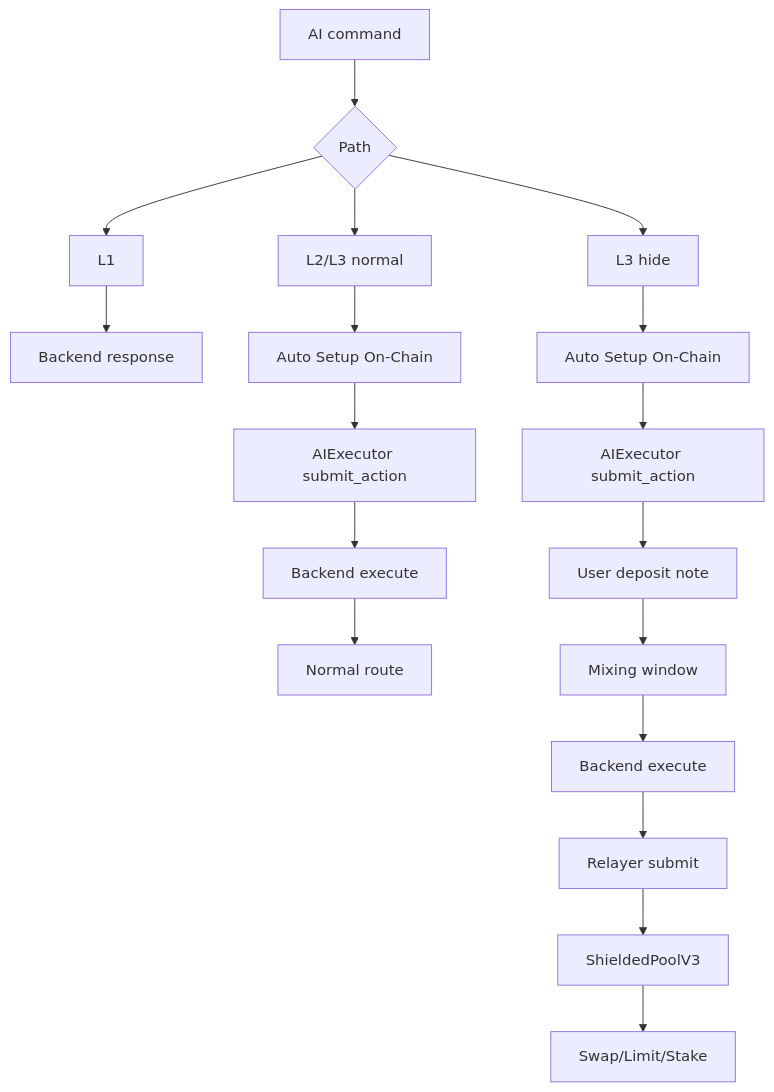
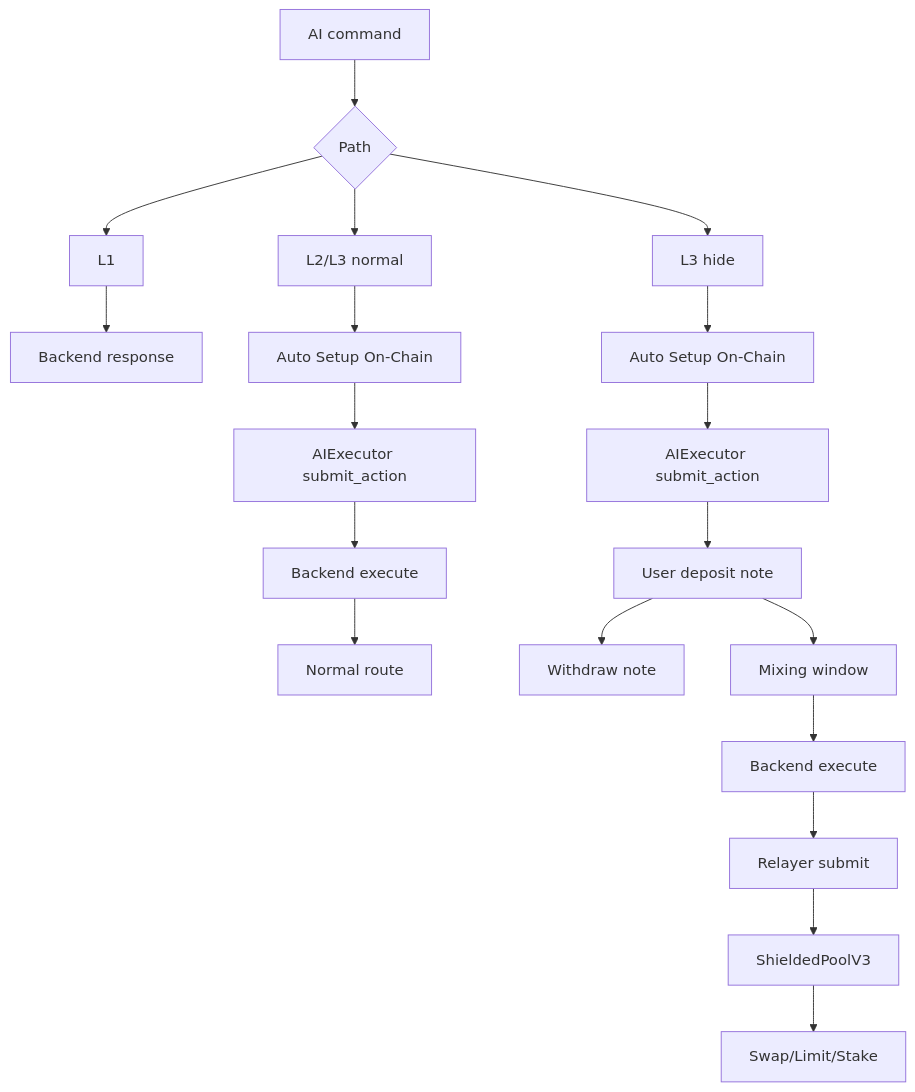
Before and after one commit to ntfound-dev/zkcarel_protocol: the sixth of 7 diagrams in README.md, drawn with Mermaid. The commit also changed other lines of this file and 1 other file, not shown here.

````diff
--- a/README.md
+++ b/README.md
@@ -228,23 +231,24 @@
 ```mermaid
 flowchart TD
   A[AI command] --> B{Path}
 
   B --> C[L1]
   C --> C1[Backend response]
 
   B --> D[L2/L3 normal]
   D --> D1[Auto Setup On-Chain]
   D1 --> D2[AIExecutor submit_action]
   D2 --> D3[Backend execute]
   D3 --> D4[Normal route]
 
   B --> E[L3 hide]
   E --> E1[Auto Setup On-Chain]
   E1 --> E2[AIExecutor submit_action]
   E2 --> E3[User deposit note]
+  E3 --> EW[Withdraw note]
   E3 --> E4[Mixing window]
   E4 --> E5[Backend execute]
   E5 --> E6[Relayer submit]
   E6 --> E7[ShieldedPoolV3]
   E7 --> E8[Swap/Limit/Stake]
 ```
````
